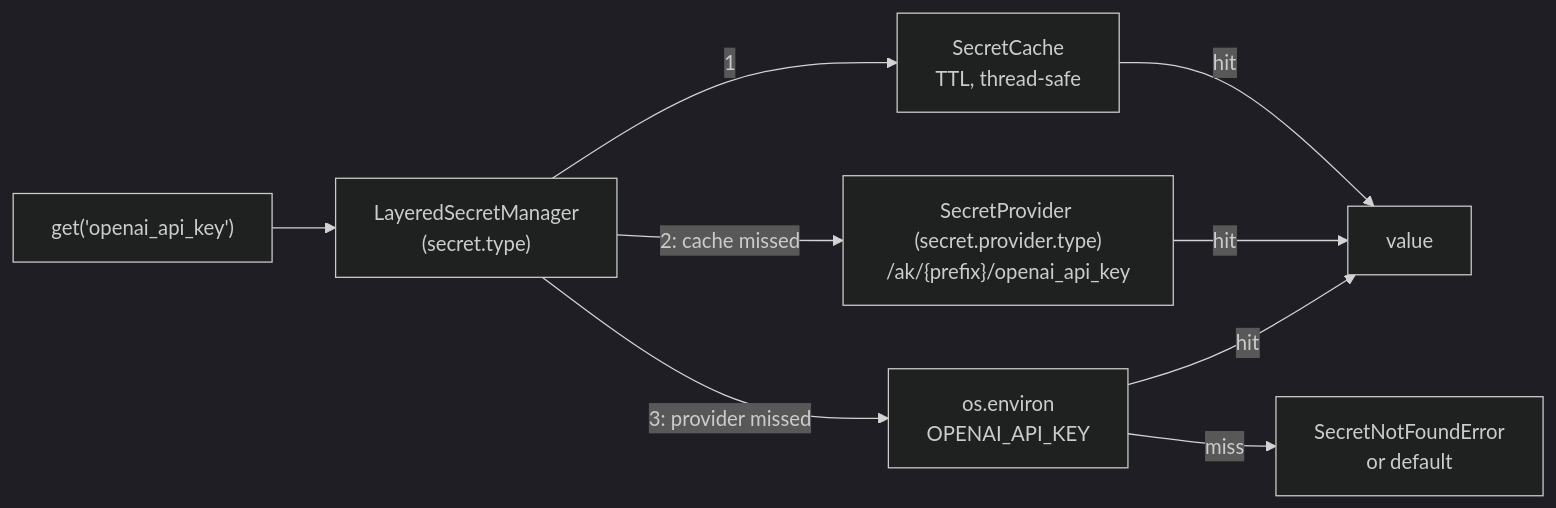
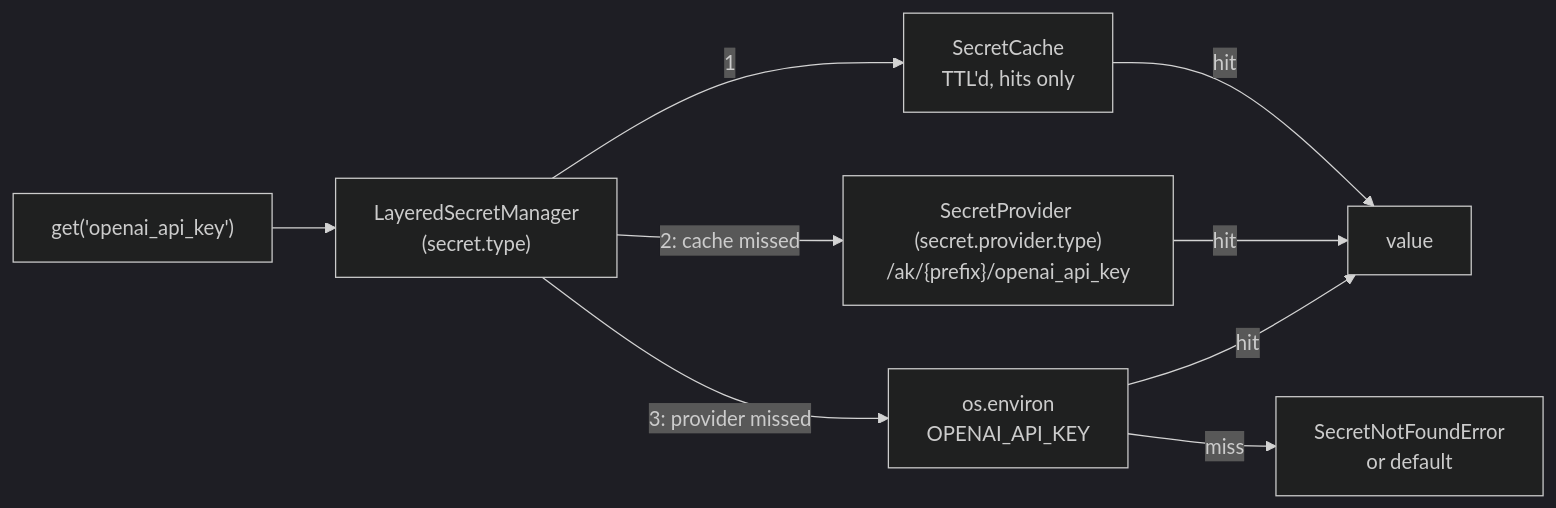
The diagram in docs/specs/749-secret-resolution/design.md (yaalalabs/agent-kernel), drawn with Mermaid (dark theme) before and after one commit. The commit also changed other lines of this file, not shown here.

First line of the commit message:
docs: refine secret resolution design with validated key grammar, cache TTL constraints, and concurrency safety

````diff
--- a/docs/specs/749-secret-resolution/design.md
+++ b/docs/specs/749-secret-resolution/design.md
@@ -36,11 +39,11 @@
 ```mermaid
 graph LR
     C["get('openai_api_key')"] --> M["LayeredSecretManager<br/>(secret.type)"]
-    M -->|"1"| CA[SecretCache<br/>TTL, thread-safe]
+    M -->|"1"| CA[SecretCache<br/>TTL'd, hits only]
     M -->|"2: cache missed"| P["SecretProvider (secret.provider.type)<br/>/ak/{prefix}/openai_api_key"]
     M -->|"3: provider missed"| E["os.environ<br/>OPENAI_API_KEY"]
     CA -->|hit| V[value]
     P -->|hit| V
     E -->|hit| V
     E -->|miss| X["SecretNotFoundError<br/>or default"]
 ```
````
